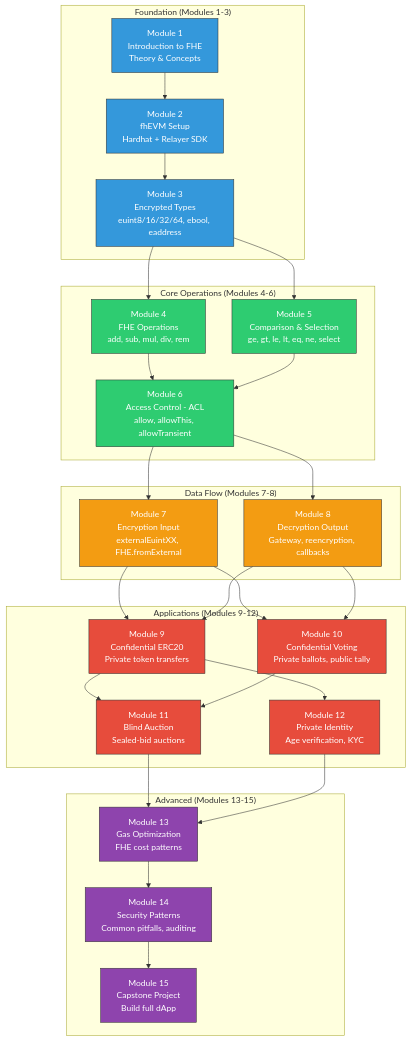
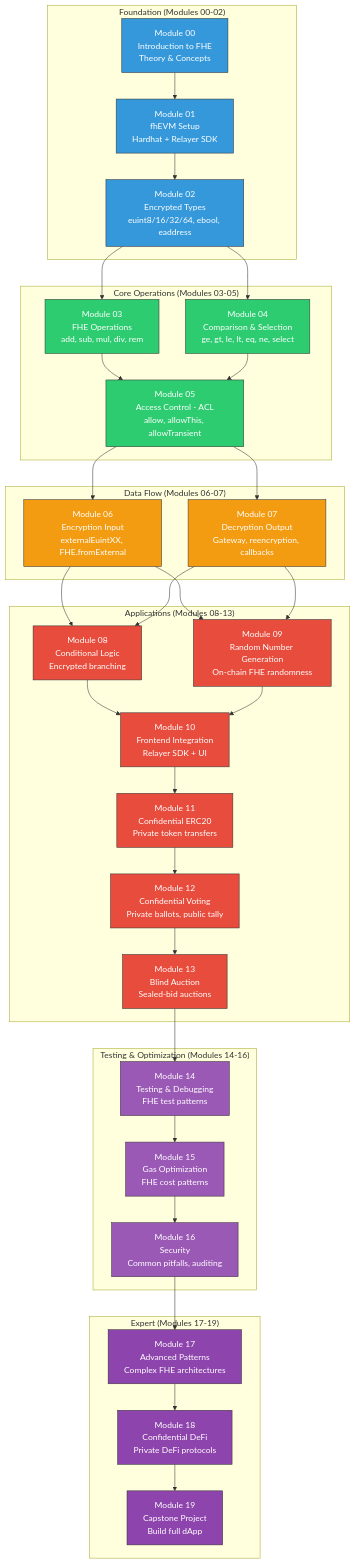
One commit to Himess/fhevm-bootcamp changed the first of 4 diagrams in diagrams/project-architecture.md. Above: the diagram before and after it, drawn with Mermaid. The commit also changed other lines of this file and 20 other files, not shown here.

First line of the commit message:
fix: deep audit — security fixes, unused imports, gas optimizations, doc corrections

````diff
--- a/diagrams/project-architecture.md
+++ b/diagrams/project-architecture.md
@@ -7,33 +7,41 @@
 ```mermaid
 graph TD
-    subgraph "Foundation (Modules 1-3)"
-        M1[Module 1<br/>Introduction to FHE<br/>Theory & Concepts]
-        M2[Module 2<br/>fhEVM Setup<br/>Hardhat + Relayer SDK]
-        M3[Module 3<br/>Encrypted Types<br/>euint8/16/32/64, ebool, eaddress]
+    subgraph "Foundation (Modules 00-02)"
+        M1[Module 00<br/>Introduction to FHE<br/>Theory & Concepts]
+        M2[Module 01<br/>fhEVM Setup<br/>Hardhat + Relayer SDK]
+        M3[Module 02<br/>Encrypted Types<br/>euint8/16/32/64, ebool, eaddress]
     end
 
-    subgraph "Core Operations (Modules 4-6)"
-        M4[Module 4<br/>FHE Operations<br/>add, sub, mul, div, rem]
-        M5[Module 5<br/>Comparison & Selection<br/>ge, gt, le, lt, eq, ne, select]
-        M6[Module 6<br/>Access Control - ACL<br/>allow, allowThis, allowTransient]
+    subgraph "Core Operations (Modules 03-05)"
+        M4[Module 03<br/>FHE Operations<br/>add, sub, mul, div, rem]
+        M5[Module 04<br/>Comparison & Selection<br/>ge, gt, le, lt, eq, ne, select]
+        M6[Module 05<br/>Access Control - ACL<br/>allow, allowThis, allowTransient]
     end
 
-    subgraph "Data Flow (Modules 7-8)"
-        M7[Module 7<br/>Encryption Input<br/>externalEuintXX, FHE.fromExternal]
-        M8[Module 8<br/>Decryption Output<br/>Gateway, reencryption, callbacks]
+    subgraph "Data Flow (Modules 06-07)"
+        M7[Module 06<br/>Encryption Input<br/>externalEuintXX, FHE.fromExternal]
+        M8[Module 07<br/>Decryption Output<br/>Gateway, reencryption, callbacks]
     end
 
-    subgraph "Applications (Modules 9-12)"
-        M9[Module 9<br/>Confidential ERC20<br/>Private token transfers]
-        M10[Module 10<br/>Confidential Voting<br/>Private ballots, public tally]
-        M11[Module 11<br/>Blind Auction<br/>Sealed-bid auctions]
-        M12[Module 12<br/>Private Identity<br/>Age verification, KYC]
+    subgraph "Applications (Modules 08-13)"
+        M9[Module 08<br/>Conditional Logic<br/>Encrypted branching]
+        M10[Module 09<br/>Random Number Generation<br/>On-chain FHE randomness]
+        M11[Module 10<br/>Frontend Integration<br/>Relayer SDK + UI]
+        M12[Module 11<br/>Confidential ERC20<br/>Private token transfers]
+        M13[Module 12<br/>Confidential Voting<br/>Private ballots, public tally]
+        M14[Module 13<br/>Blind Auction<br/>Sealed-bid auctions]
     end
 
-    subgraph "Advanced (Modules 13-15)"
-        M13[Module 13<br/>Gas Optimization<br/>FHE cost patterns]
-        M14[Module 14<br/>Security Patterns<br/>Common pitfalls, auditing]
-        M15[Module 15<br/>Capstone Project<br/>Build full dApp]
+    subgraph "Testing & Optimization (Modules 14-16)"
+        M15[Module 14<br/>Testing & Debugging<br/>FHE test patterns]
+        M16[Module 15<br/>Gas Optimization<br/>FHE cost patterns]
+        M17[Module 16<br/>Security<br/>Common pitfalls, auditing]
+    end
+
+    subgraph "Expert (Modules 17-19)"
+        M18[Module 17<br/>Advanced Patterns<br/>Complex FHE architectures]
+        M19[Module 18<br/>Confidential DeFi<br/>Private DeFi protocols]
+        M20[Module 19<br/>Capstone Project<br/>Build full dApp]
     end
 
     M1 --> M2
@@ -50,11 +58,15 @@
     M8 --> M10
     M9 --> M11
     M10 --> M11
-    M9 --> M12
-    M11 --> M13
+    M11 --> M12
     M12 --> M13
     M13 --> M14
     M14 --> M15
+    M15 --> M16
+    M16 --> M17
+    M17 --> M18
+    M18 --> M19
+    M19 --> M20
 
     style M1 fill:#3498db,stroke:#333,color:#fff
     style M2 fill:#3498db,stroke:#333,color:#fff
@@ -68,7 +80,12 @@
     style M10 fill:#e74c3c,stroke:#333,color:#fff
     style M11 fill:#e74c3c,stroke:#333,color:#fff
     style M12 fill:#e74c3c,stroke:#333,color:#fff
-    style M13 fill:#8e44ad,stroke:#333,color:#fff
-    style M14 fill:#8e44ad,stroke:#333,color:#fff
-    style M15 fill:#8e44ad,stroke:#333,color:#fff
+    style M13 fill:#e74c3c,stroke:#333,color:#fff
+    style M14 fill:#e74c3c,stroke:#333,color:#fff
+    style M15 fill:#9b59b6,stroke:#333,color:#fff
+    style M16 fill:#9b59b6,stroke:#333,color:#fff
+    style M17 fill:#9b59b6,stroke:#333,color:#fff
+    style M18 fill:#8e44ad,stroke:#333,color:#fff
+    style M19 fill:#8e44ad,stroke:#333,color:#fff
+    style M20 fill:#8e44ad,stroke:#333,color:#fff
 ```
````
